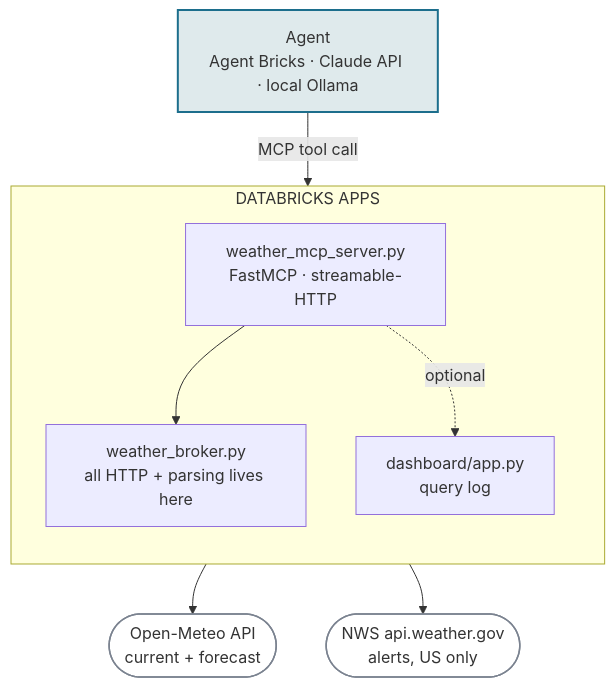
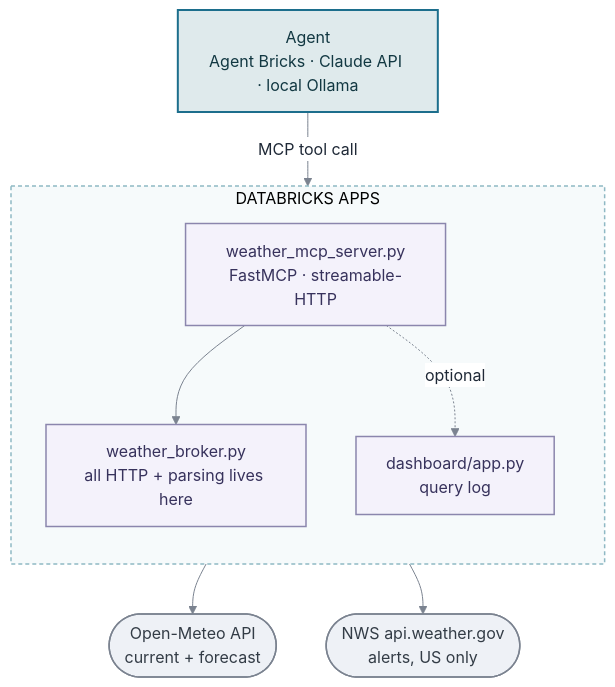
Before and after one commit to DBishal13/databricks-ai-capstone: the second of 5 diagrams in README.md, drawn with Mermaid. The commit also changed other lines of this file, not shown here.

First line of the commit message:
Fix washed-out Mermaid node colors on GitHub with an explicit base theme

````diff
--- a/README.md
+++ b/README.md
@@ -115,18 +122,23 @@
 ```mermaid
+%%{init: {"theme": "base", "themeVariables": {"primaryColor": "#ffffff", "primaryBorderColor": "#7b8390", "primaryTextColor": "#1f2937", "lineColor": "#7b8390"}}}%%
 flowchart TD
     Agent["Agent<br/>Agent Bricks · Claude API · local Ollama"] -->|MCP tool call| Server
 
     subgraph APPS["DATABRICKS APPS"]
         direction TB
         Server["weather_mcp_server.py<br/>FastMCP · streamable-HTTP"] --> Broker["weather_broker.py<br/>all HTTP + parsing lives here"]
         Server -.optional.-> Dashboard["dashboard/app.py<br/>query log"]
     end
 
     Broker --> OM(["Open-Meteo API<br/>current + forecast"])
     Broker --> NWS(["NWS api.weather.gov<br/>alerts, US only"])
 
-    classDef hub fill:#dfeaec,stroke:#1c6e8c,stroke-width:2px;
-    classDef ext fill:#ffffff,stroke:#7b8390,stroke-width:1.5px;
+    style APPS fill:#f6fafb,stroke:#8fb9c4,stroke-width:1.5px,stroke-dasharray:4 3
+
+    classDef hub fill:#dfeaec,stroke:#1c6e8c,stroke-width:2px,color:#123842;
+    classDef ext fill:#eef1f6,stroke:#7b8390,stroke-width:1.5px,color:#333c46;
+    classDef proc fill:#f4f2fb,stroke:#8b86ad,stroke-width:1.5px,color:#37325c;
     class Agent hub
     class OM,NWS ext
+    class Server,Broker,Dashboard proc
 ```
````
